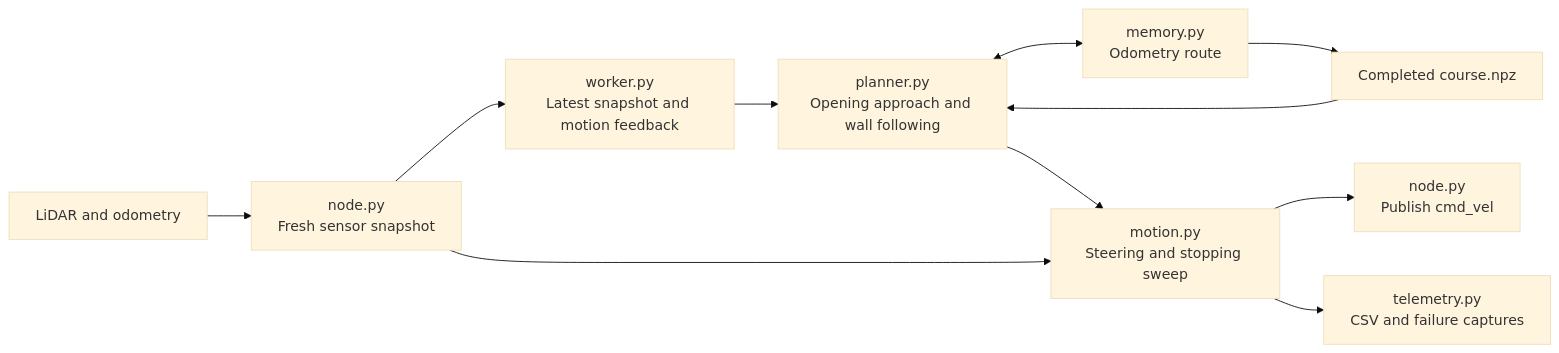
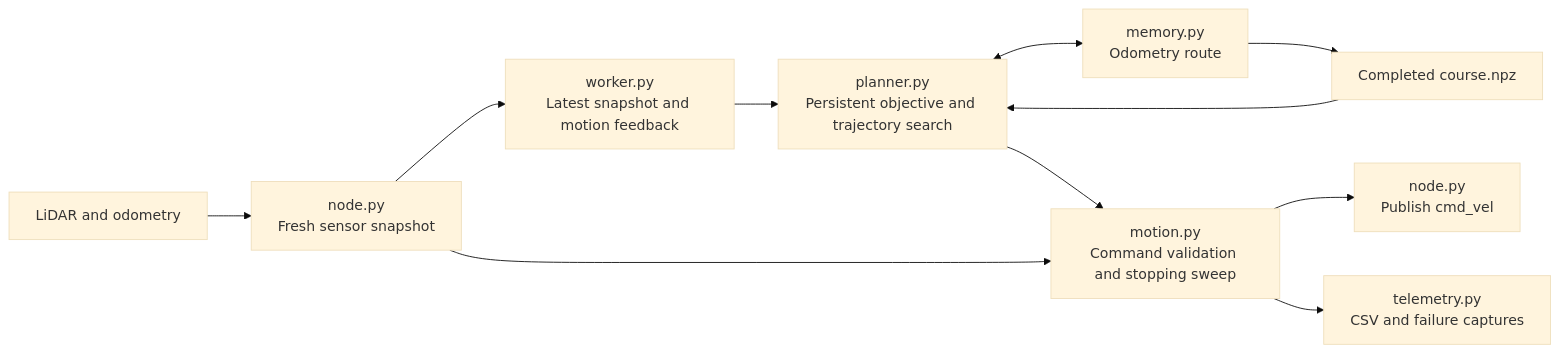
One commit to DJPark1213/Autonomous_Mobile_Robot_Lab changed the diagram in README.md. Above: the diagram before and after it, drawn with Mermaid (base theme). The commit also changed other lines of this file and 18 other files, not shown here.

````diff
--- a/README.md
+++ b/README.md
@@ -18,13 +18,13 @@
 ```mermaid
 flowchart LR
   S["LiDAR and odometry"] --> N["node.py<br/>Fresh sensor snapshot"]
   N --> W["worker.py<br/>Latest snapshot and motion feedback"]
-  W --> P["planner.py<br/>Opening approach and wall following"]
+  W --> P["planner.py<br/>Persistent objective and trajectory search"]
   P <--> R["memory.py<br/>Odometry route"]
   R --> F["Completed course.npz"]
   F --> P
-  P --> C["motion.py<br/>Steering and stopping sweep"]
+  P --> C["motion.py<br/>Command validation and stopping sweep"]
   N --> C
   C --> V["node.py<br/>Publish cmd_vel"]
   C --> T["telemetry.py<br/>CSV and failure captures"]
 ```
````
